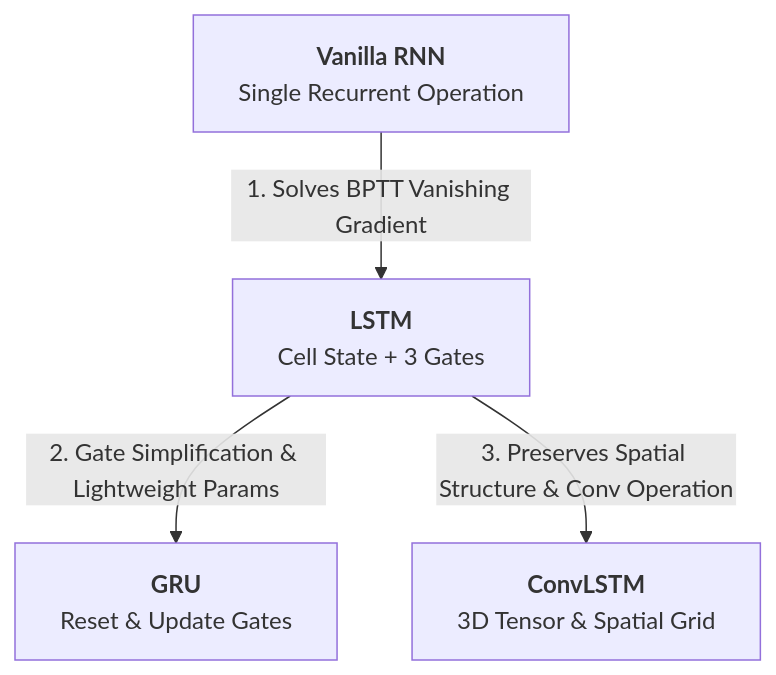
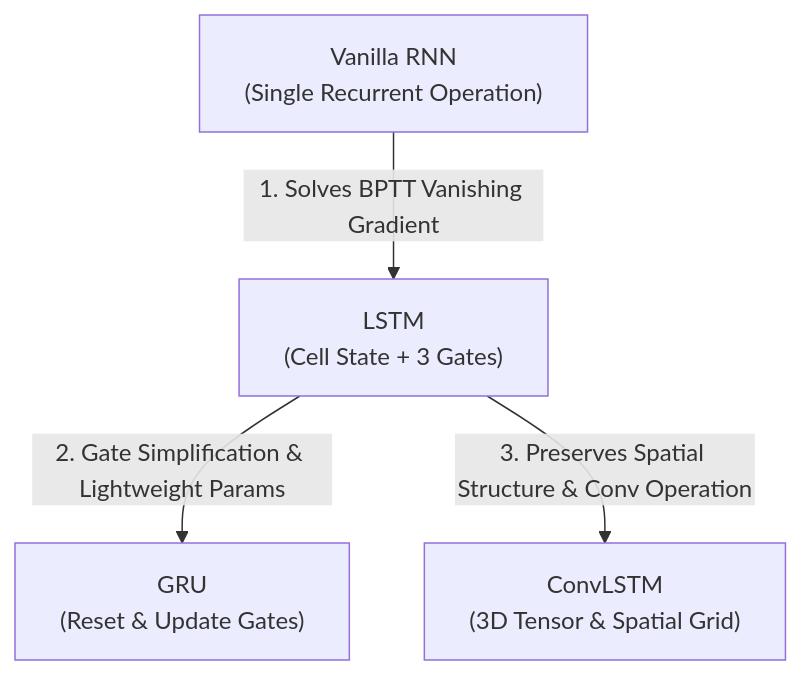
The diagram in content/posts/convlstm-concept.en.md (dutlsl/dutlsl.github.io), drawn with Mermaid before and after one commit. The commit also changed 2 other files, not shown here.

Commit message:
Fix Mermaid JS script loading and clean diagram syntax

````diff
--- a/content/posts/convlstm-concept.en.md
+++ b/content/posts/convlstm-concept.en.md
@@ -22,11 +22,11 @@
 ```mermaid
 flowchart TD
-    A["<b>Vanilla RNN</b><br/>Single Recurrent Operation"] 
-    B["<b>LSTM</b><br/>Cell State + 3 Gates"]
-    C["<b>GRU</b><br/>Reset & Update Gates"]
-    D["<b>ConvLSTM</b><br/>3D Tensor & Spatial Grid"]
+    A["Vanilla RNN<br/>(Single Recurrent Operation)"] 
+    B["LSTM<br/>(Cell State + 3 Gates)"]
+    C["GRU<br/>(Reset & Update Gates)"]
+    D["ConvLSTM<br/>(3D Tensor & Spatial Grid)"]
 
     A -->|1. Solves BPTT Vanishing Gradient| B
     B -->|2. Gate Simplification & Lightweight Params| C
     B -->|3. Preserves Spatial Structure & Conv Operation| D
 ```
````
